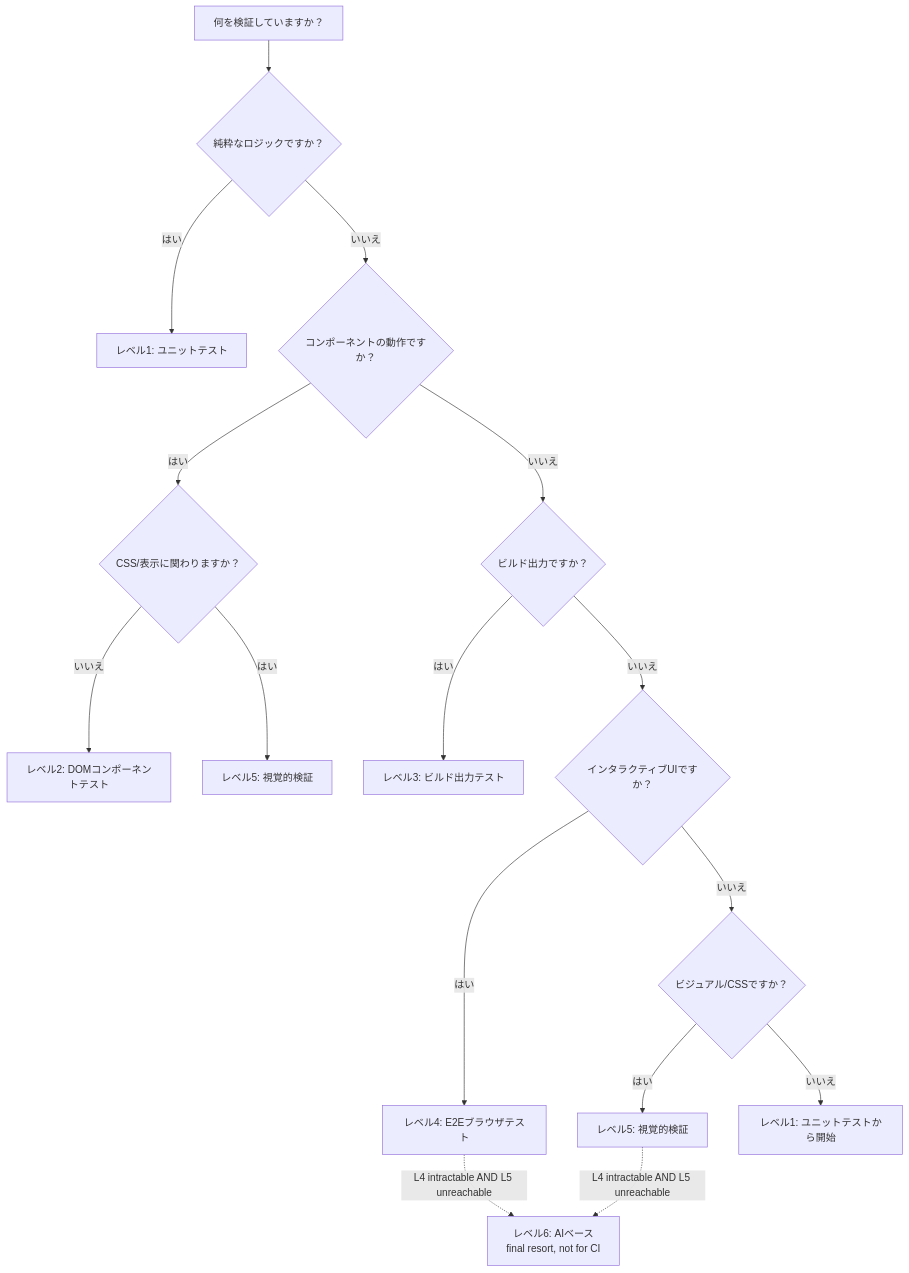
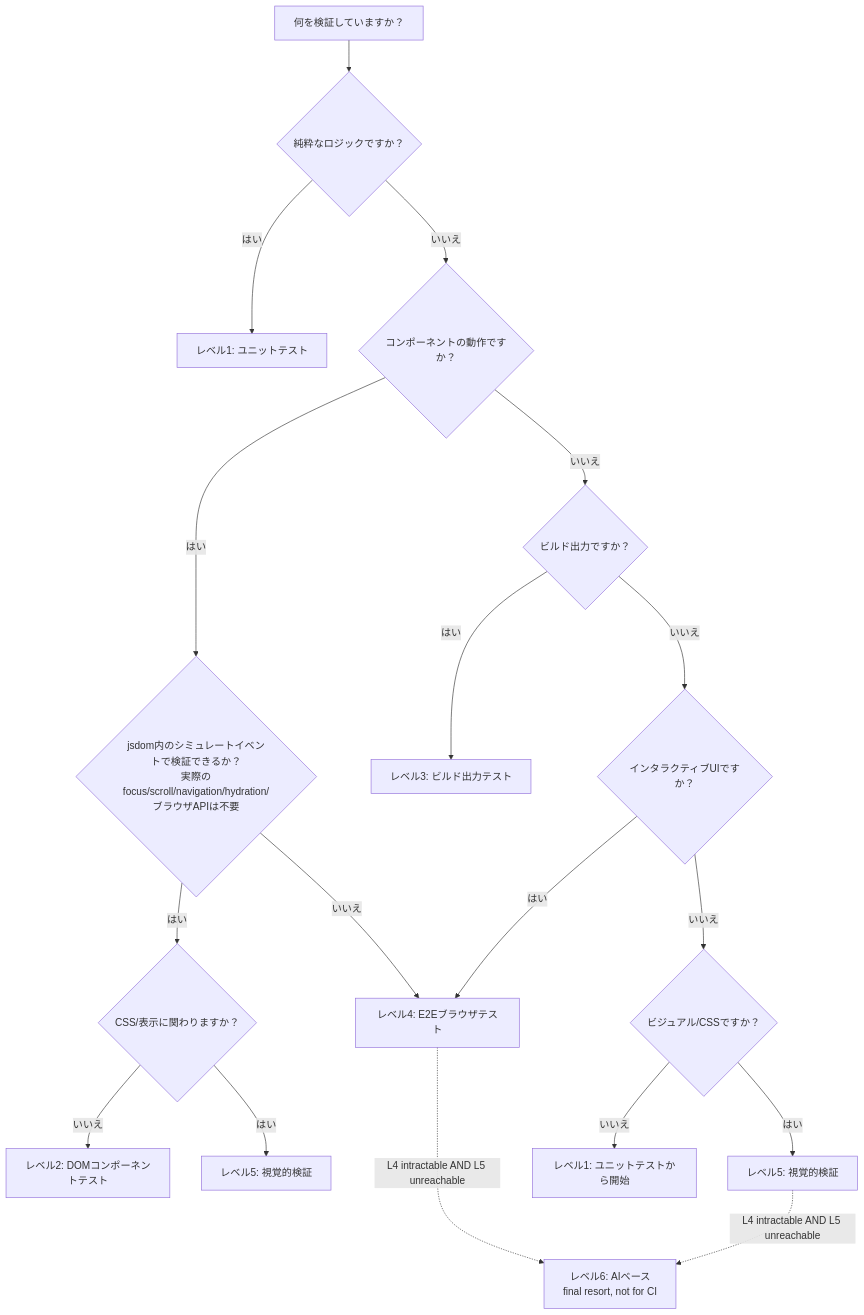
Before and after one commit to Takazudo/zudo-test-wisdom: the diagram in src/content/docs-ja/decision-guide/quick-decision.mdx, drawn with Mermaid. The commit also changed other lines of this file and 1 other file, not shown here.

````diff
--- a/src/content/docs-ja/decision-guide/quick-decision.mdx
+++ b/src/content/docs-ja/decision-guide/quick-decision.mdx
@@ -31,18 +29,20 @@
 ```mermaid
 flowchart TD
   A[何を検証していますか？] --> B{純粋なロジックですか？}
   B -->|はい| L1[レベル1: ユニットテスト]
   B -->|いいえ| C{コンポーネントの動作ですか？}
-  C -->|はい| D{CSS/表示に関わりますか？}
+  C -->|はい| D2{jsdom内のシミュレートイベントで検証できるか？<br/>実際のfocus/scroll/navigation/hydration/ブラウザAPIは不要}
+  D2 -->|いいえ| L4[レベル4: E2Eブラウザテスト]
+  D2 -->|はい| D{CSS/表示に関わりますか？}
   D -->|いいえ| L2[レベル2: DOMコンポーネントテスト]
   D -->|はい| L5a[レベル5: 視覚的検証]
   C -->|いいえ| E{ビルド出力ですか？}
   E -->|はい| L3[レベル3: ビルド出力テスト]
   E -->|いいえ| F{インタラクティブUIですか？}
-  F -->|はい| L4[レベル4: E2Eブラウザテスト]
+  F -->|はい| L4
   F -->|いいえ| G{ビジュアル/CSSですか？}
   G -->|はい| L5b[レベル5: 視覚的検証]
   G -->|いいえ| L1b[レベル1: ユニットテストから開始]
   L4 -. L4 intractable AND L5 unreachable .-> L6[レベル6: AIベース<br/>final resort, not for CI]
   L5b -. L4 intractable AND L5 unreachable .-> L6
 ```
````
